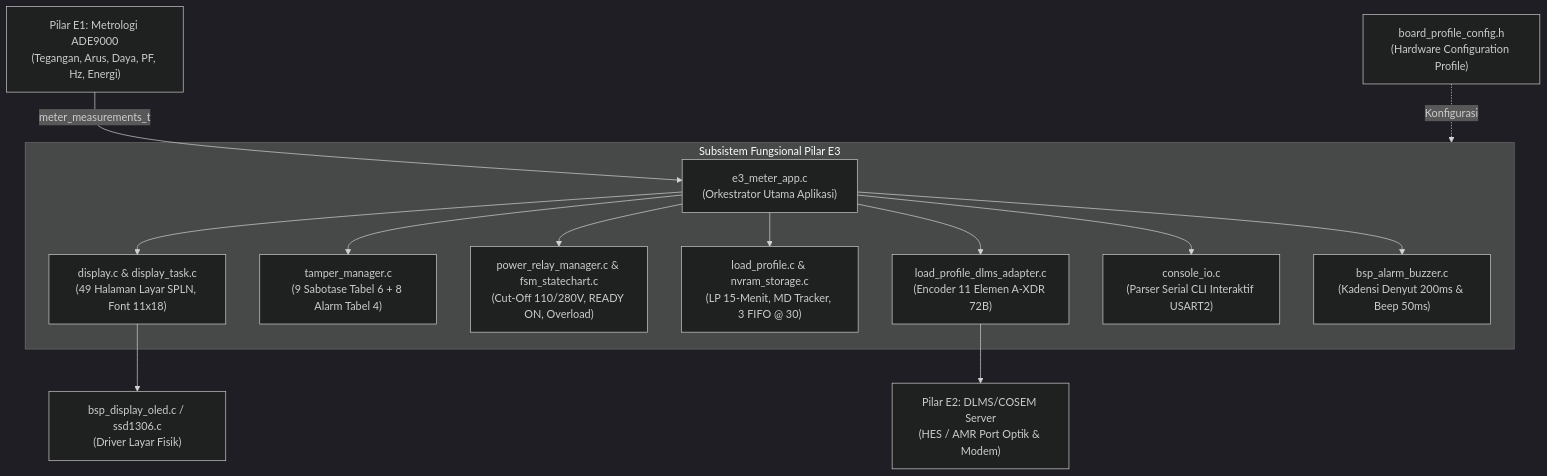
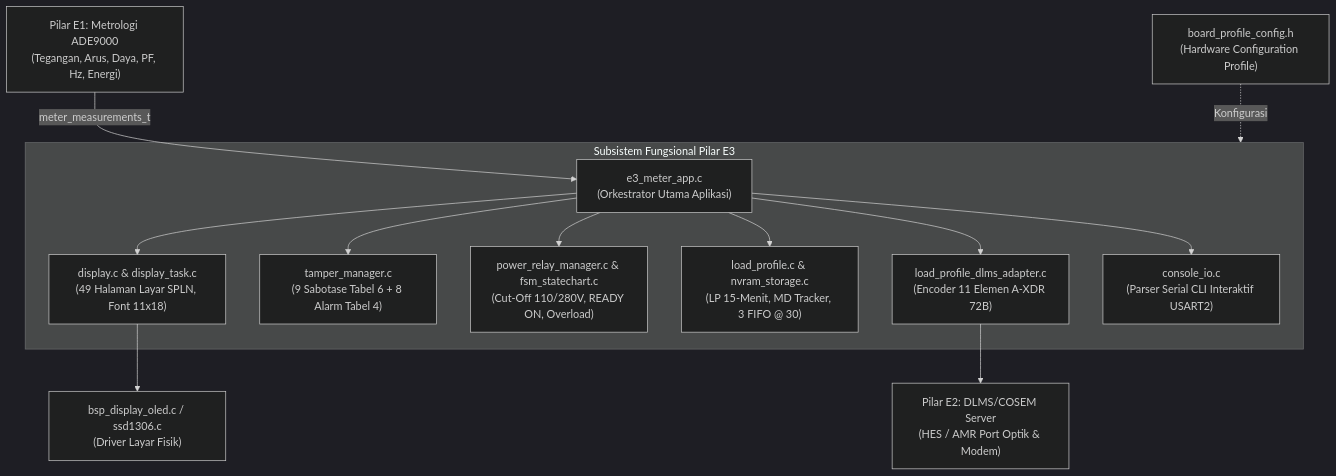
One commit to Kevla27/ALLIN changed the diagram in E3/PANDUAN_ARSITEKTUR_DAN_FILE_E3.md. Above: the diagram before and after it, drawn with Mermaid (dark theme). The commit also changed other lines of this file and 17 other files, not shown here.

````diff
--- a/E3/PANDUAN_ARSITEKTUR_DAN_FILE_E3.md
+++ b/E3/PANDUAN_ARSITEKTUR_DAN_FILE_E3.md
@@ -24,19 +24,18 @@
 ```mermaid
 flowchart TD
     E1["Pilar E1: Metrologi ADE9000<br/>(Tegangan, Arus, Daya, PF, Hz, Energi)"] -->|meter_measurements_t| E3_APP["e3_meter_app.c<br/>(Orkestrator Utama Aplikasi)"]
     
     subgraph E3_SUBSYSTEMS["Subsistem Fungsional Pilar E3"]
         E3_APP --> DISP["display.c & display_task.c<br/>(49 Halaman Layar SPLN, Font 11x18)"]
         E3_APP --> TAMP["tamper_manager.c<br/>(9 Sabotase Tabel 6 + 8 Alarm Tabel 4)"]
         E3_APP --> RELAY["power_relay_manager.c & fsm_statechart.c<br/>(Cut-Off 110/280V, READY ON, Overload)"]
         E3_APP --> PROF["load_profile.c & nvram_storage.c<br/>(LP 15-Menit, MD Tracker, 3 FIFO @ 30)"]
         E3_APP --> ADAPT["load_profile_dlms_adapter.c<br/>(Encoder 11 Elemen A-XDR 72B)"]
         E3_APP --> CLI["console_io.c<br/>(Parser Serial CLI Interaktif USART2)"]
-        E3_APP --> BUZZ["bsp_alarm_buzzer.c<br/>(Kadensi Denyut 200ms & Beep 50ms)"]
     end
     
     CFG["board_profile_config.h<br/>(Hardware Configuration Profile)"] -. Konfigurasi .-> E3_SUBSYSTEMS
     
     DISP --> OLED["bsp_display_oled.c / ssd1306.c<br/>(Driver Layar Fisik)"]
     ADAPT --> E2["Pilar E2: DLMS/COSEM Server<br/>(HES / AMR Port Optik & Modem)"]
 ```
````
